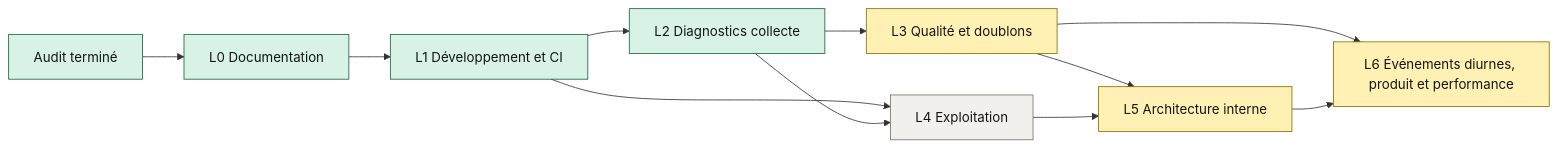
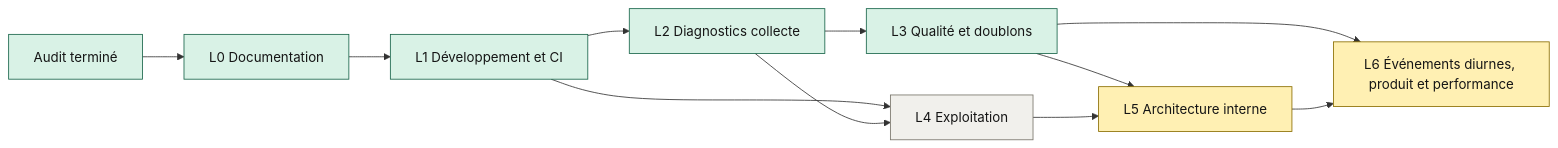
Before and after one commit to VinniMo/samstag: the diagram in docs/diagrams/implementation-roadmap.mmd, drawn with Mermaid. The commit also changed 8 other files, not shown here.

```diff
--- a/docs/diagrams/implementation-roadmap.mmd
+++ b/docs/diagrams/implementation-roadmap.mmd
@@ -1,22 +1,21 @@
 flowchart LR
     A[Audit terminé] --> L0[L0 Documentation]
     L0 --> L1[L1 Développement et CI]
     L1 --> L2[L2 Diagnostics collecte]
     L2 --> L3[L3 Qualité et doublons]
     L1 --> L4[L4 Exploitation]
     L2 --> L4
     L3 --> L5[L5 Architecture interne]
     L4 --> L5
     L3 --> L6[L6 Événements diurnes, produit et performance]
     L5 --> L6
 
     classDef done fill:#d9f2e6,stroke:#176449,color:#151515
     classDef doing fill:#fff0b3,stroke:#8a6d00,color:#151515
     classDef ready fill:#dce8f7,stroke:#244bc0,color:#151515
     classDef todo fill:#f1f0ec,stroke:#77736a,color:#151515
     classDef blocked fill:#f7d9e6,stroke:#a3004f,color:#151515
 
-    class A,L0,L1,L2 done
-    class L3 doing
+    class A,L0,L1,L2,L3 done
     class L4 todo
     class L5,L6 doing
```
